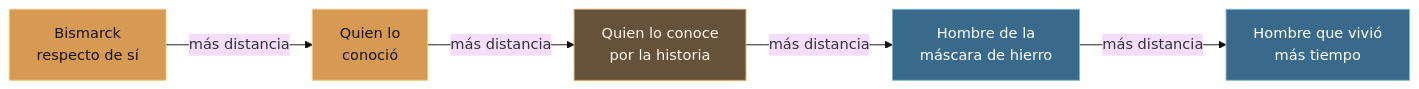
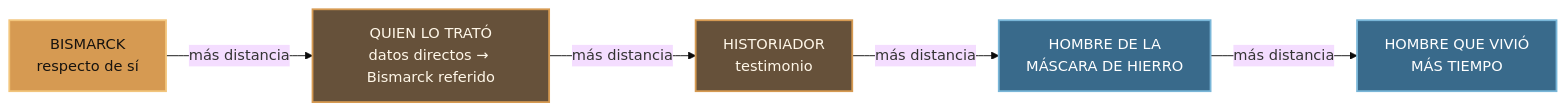
Before and after one commit to stevenvo780/russell-conocimiento-directo: the sixth of 8 diagrams in Capitulo5.md, drawn with Mermaid (base theme). The commit also changed other lines of this file and 10 other files, not shown here.

````diff
--- a/Capitulo5.md
+++ b/Capitulo5.md
@@ -340,14 +553,14 @@
 ```mermaid
 flowchart LR
-    B0["Bismarck<br/>respecto de sí"] -->|más distancia| B1["Quien lo<br/>conoció"]
-    B1 -->|más distancia| B2["Quien lo conoce<br/>por la historia"]
-    B2 -->|más distancia| B3["Hombre de la<br/>máscara de hierro"]
-    B3 -->|más distancia| B4["Hombre que vivió<br/>más tiempo"]
+    B0["BISMARCK<br/>respecto de sí"] -->|más distancia| B1["QUIEN LO TRATÓ<br/>datos directos → Bismarck referido"]
+    B1 -->|más distancia| B2["HISTORIADOR<br/>testimonio"]
+    B2 -->|más distancia| B3["HOMBRE DE LA<br/>MÁSCARA DE HIERRO"]
+    B3 -->|más distancia| B4["HOMBRE QUE VIVIÓ<br/>MÁS TIEMPO"]
 
-    classDef near fill:#d69a52,color:#17130f,stroke:#f2c57c;
-    classDef middle fill:#66513a,color:#fff7e8,stroke:#d69a52;
-    classDef far fill:#396a8b,color:#fff,stroke:#79b6d8;
-    class B0,B1 near;
-    class B2 middle;
-    class B3,B4 far;
+    classDef cerca fill:#d69a52,color:#17130f,stroke:#f2c57c,stroke-width:2px;
+    classDef medio fill:#66513a,color:#fff7e8,stroke:#d69a52,stroke-width:2px;
+    classDef lejos fill:#396a8b,color:#fff,stroke:#79b6d8,stroke-width:2px;
+    class B0 cerca;
+    class B1,B2 medio;
+    class B3,B4 lejos;
 ```
````
